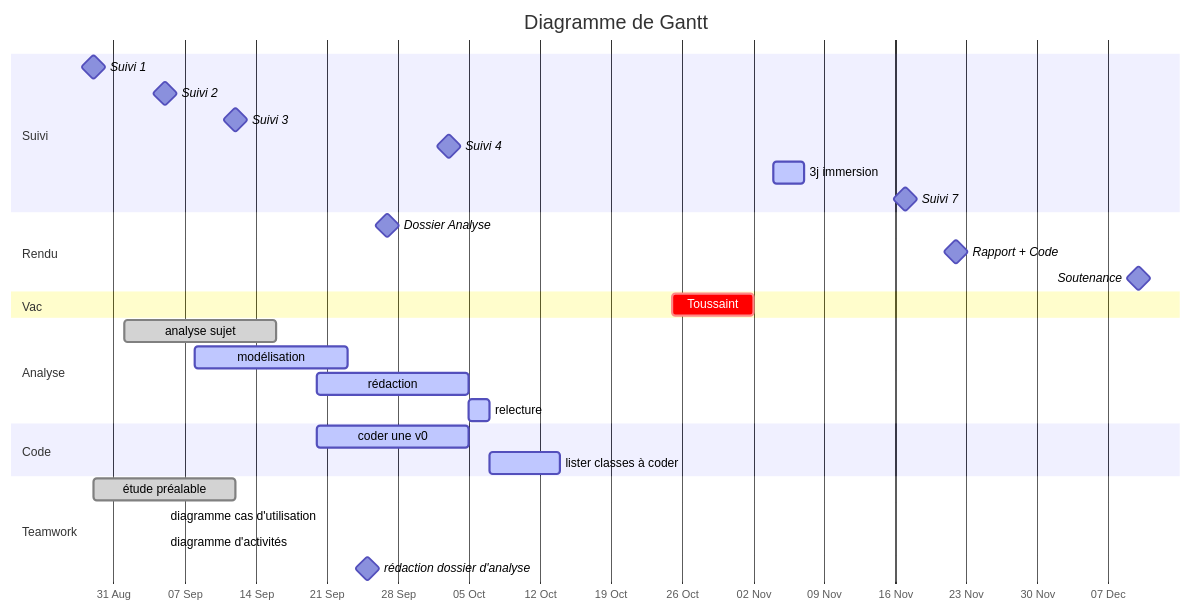
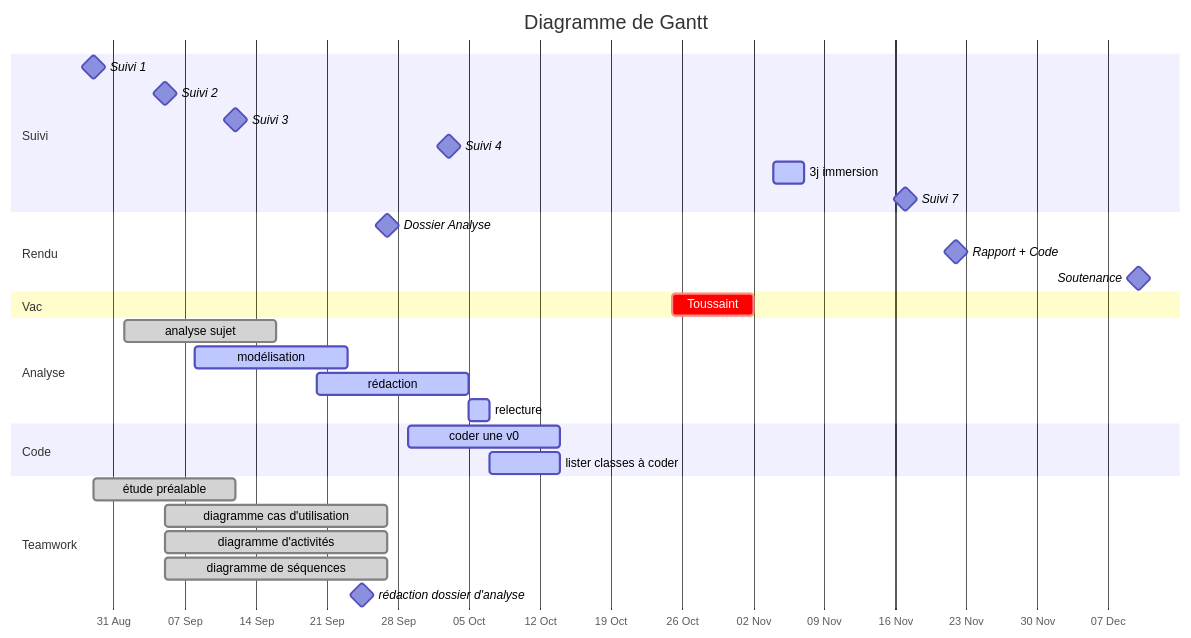
Before and after one commit to bbrunel/ENSAI-2A-projet-info: the diagram in doc/diag_gantt.md, drawn with Mermaid.

Commit message:
Dates diagrammes Gantt

````diff
--- a/doc/diag_gantt.md
+++ b/doc/diag_gantt.md
@@ -2,43 +2,44 @@
 ```mermaid
 gantt
     %% doc : https://mermaid-js.github.io/mermaid/#/./gantt
     dateFormat  YYYY-MM-DD
     axisFormat  %d %b
     title       Diagramme de Gantt
     %%excludes  YYYY-MM-DD and/or sunday and/or weekends 
      
     section Suivi
     Suivi 1                      :milestone, 2025-08-29,
     Suivi 2                      :milestone, 2025-09-05,
     Suivi 3                      :milestone, 2025-09-12,
     Suivi 4                      :milestone, 2025-10-03,
     3j immersion                 :active,    2025-11-04, 3d
     Suivi 7                      :milestone, 2025-11-17,
     
     section Rendu
     Dossier Analyse              :milestone, 2025-09-27,
     Rapport + Code               :milestone, 2025-11-22,
     Soutenance                   :milestone, 2025-12-10,
     
     section Vac
     Toussaint                    :crit,    2025-10-25, 2025-11-02
     
     section Analyse
     analyse sujet                :done,      2025-09-01, 15d
     modélisation                 :active,    2025-09-08, 15d
     rédaction                    :active,    2025-09-20, 2025-10-05
     relecture                    :active,    2025-10-05, 2025-10-07
     
     section Code
-    coder une v0                 :active,    2025-09-20, 15d
+    coder une v0                 :active,    2025-09-29, 15d
     lister classes à coder       :active,    2025-10-07, 7d
 
     section Teamwork
     étude préalable              :done,      2025-08-29, 14d
-    diagramme cas d'utilisation  :done,      2025-09-05,
-    diagramme d'activités        :done,      2025-09-05,
-    rédaction dossier d'analyse  :milestone, 2025-09-25,
+    diagramme cas d'utilisation  :done,      2025-09-05, 2025-09-27
+    diagramme d'activités        :done,      2025-09-05, 2025-09-27
+    diagramme de séquences       :done,      2025-09-05, 2025-09-27
+    rédaction dossier d'analyse  :milestone, 2025-09-22, 2025-09-27
     
 
     %%Stats univariées retraités   :done,         2021-11-28, 3d
 ```
````
